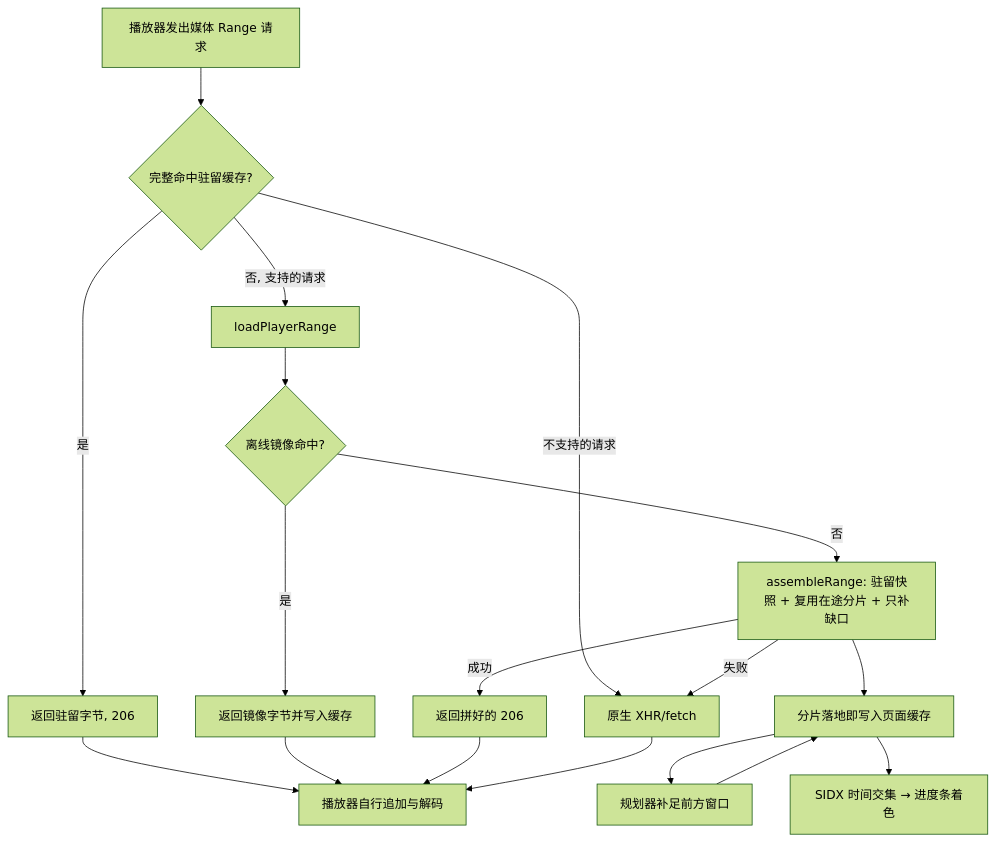
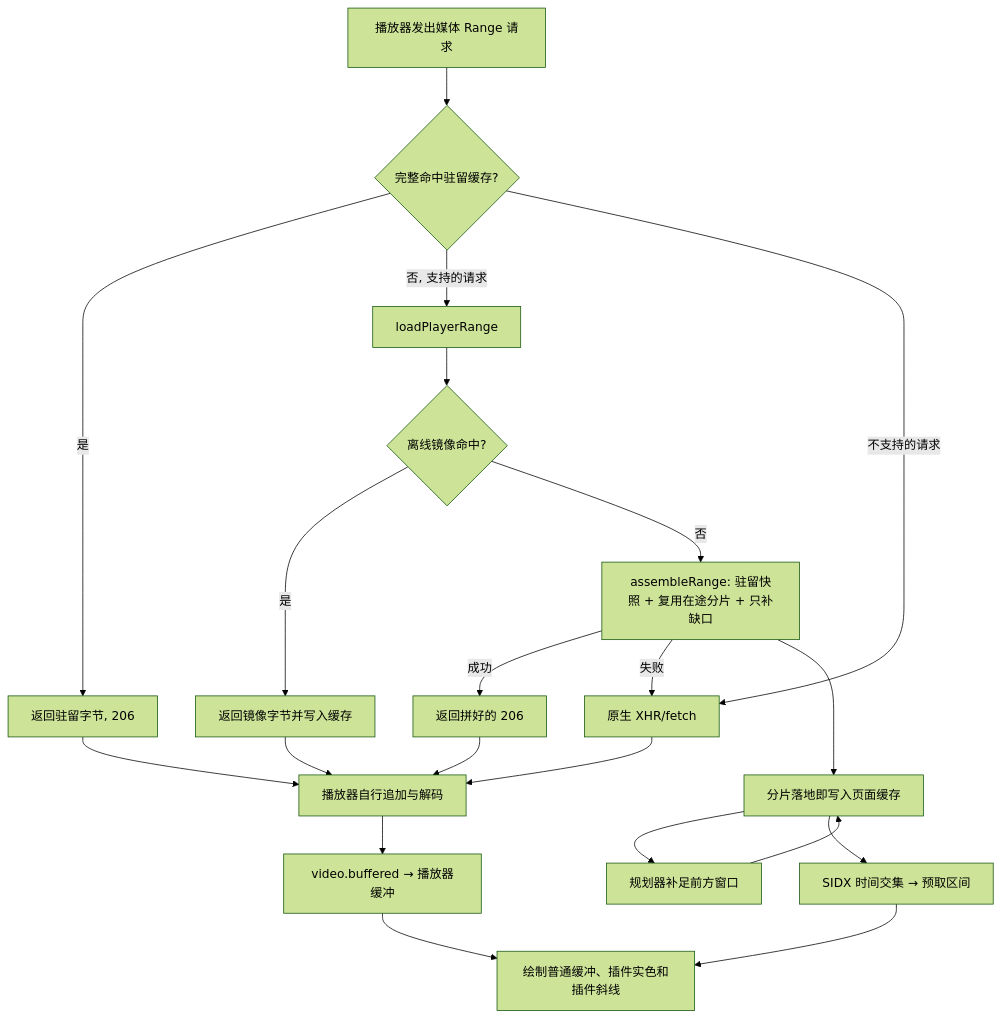
The diagram in docs/architecture/playback-assist.md (Kihara-Ri/bilibili-buffer-extension), drawn with Mermaid (forest theme) before and after one commit. The commit also changed other lines of this file and 77 other files, not shown here.

````diff
--- a/docs/architecture/playback-assist.md
+++ b/docs/architecture/playback-assist.md
@@ -28,17 +28,19 @@
 ```mermaid
 flowchart TD
   A[播放器发出媒体 Range 请求] --> B{完整命中驻留缓存?}
   B -->|是| C[返回驻留字节, 206]
   B -->|否, 支持的请求| D[loadPlayerRange]
   B -->|不支持的请求| N[原生 XHR/fetch]
   D --> R{离线镜像命中?}
   R -->|是| C2[返回镜像字节并写入缓存]
   R -->|否| E[assembleRange: 驻留快照 + 复用在途分片 + 只补缺口]
   E -->|成功| C3[返回拼好的 206]
   E -->|失败| N
   C & C2 & C3 & N --> P[播放器自行追加与解码]
   E --> W[分片落地即写入页面缓存]
   W --> PL[规划器补足前方窗口]
   PL --> W
-  W --> Y[SIDX 时间交集 → 进度条着色]
+  W --> Y[SIDX 时间交集 → 预取区间]
+  P --> Z[video.buffered → 播放器缓冲]
+  Y & Z --> T[绘制普通缓冲、插件实色和插件斜线]
 ```
````
